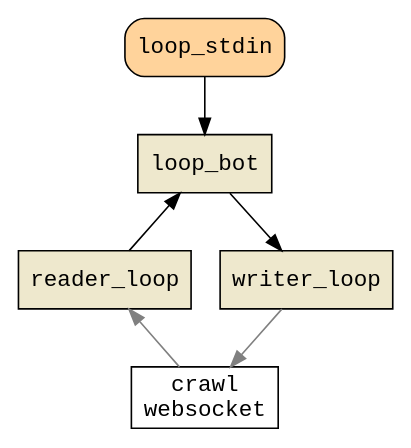
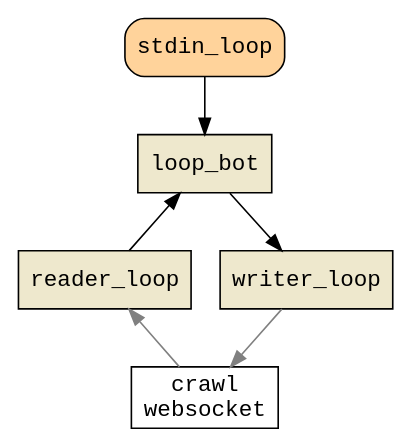
One commit to golmman/crawlbot changed the diagram in architecture.gv. Above: the diagram before and after it, drawn with Graphviz. The commit also changed 5 other files, not shown here.

```diff
--- a/architecture.gv
+++ b/architecture.gv
@@ -1,19 +1,19 @@
 digraph architecture {
     graph [fontname=monospace];
     node [fontname=monospace, shape=box];
     edge [fontname=monospace];
 
-    loop_stdin [fillcolor=burlywood1, style="filled,rounded"]
+    stdin_loop [fillcolor=burlywood1, style="filled,rounded"]
     reader_loop [fillcolor=cornsilk2, style=filled]
     loop_bot [fillcolor=cornsilk2, style=filled]
     writer_loop [fillcolor=cornsilk2, style=filled]
 
-    loop_stdin -> loop_bot;
+    stdin_loop -> loop_bot;
     reader_loop -> loop_bot;
     loop_bot -> writer_loop;
 
     "crawl\nwebsocket" -> reader_loop [color=gray]
     writer_loop -> "crawl\nwebsocket" [color=gray]
 
     { rank=same; reader_loop writer_loop }
 }
```
